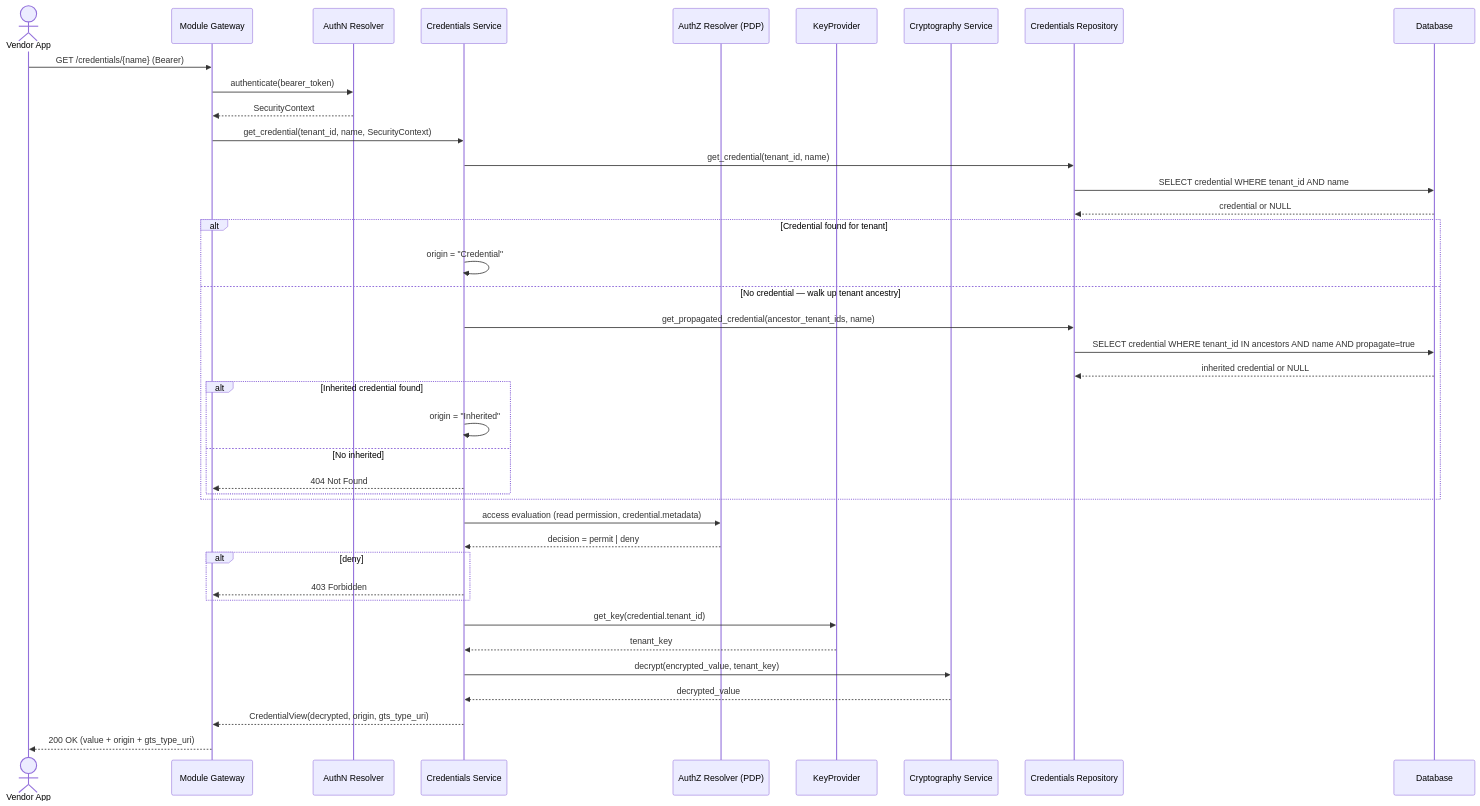
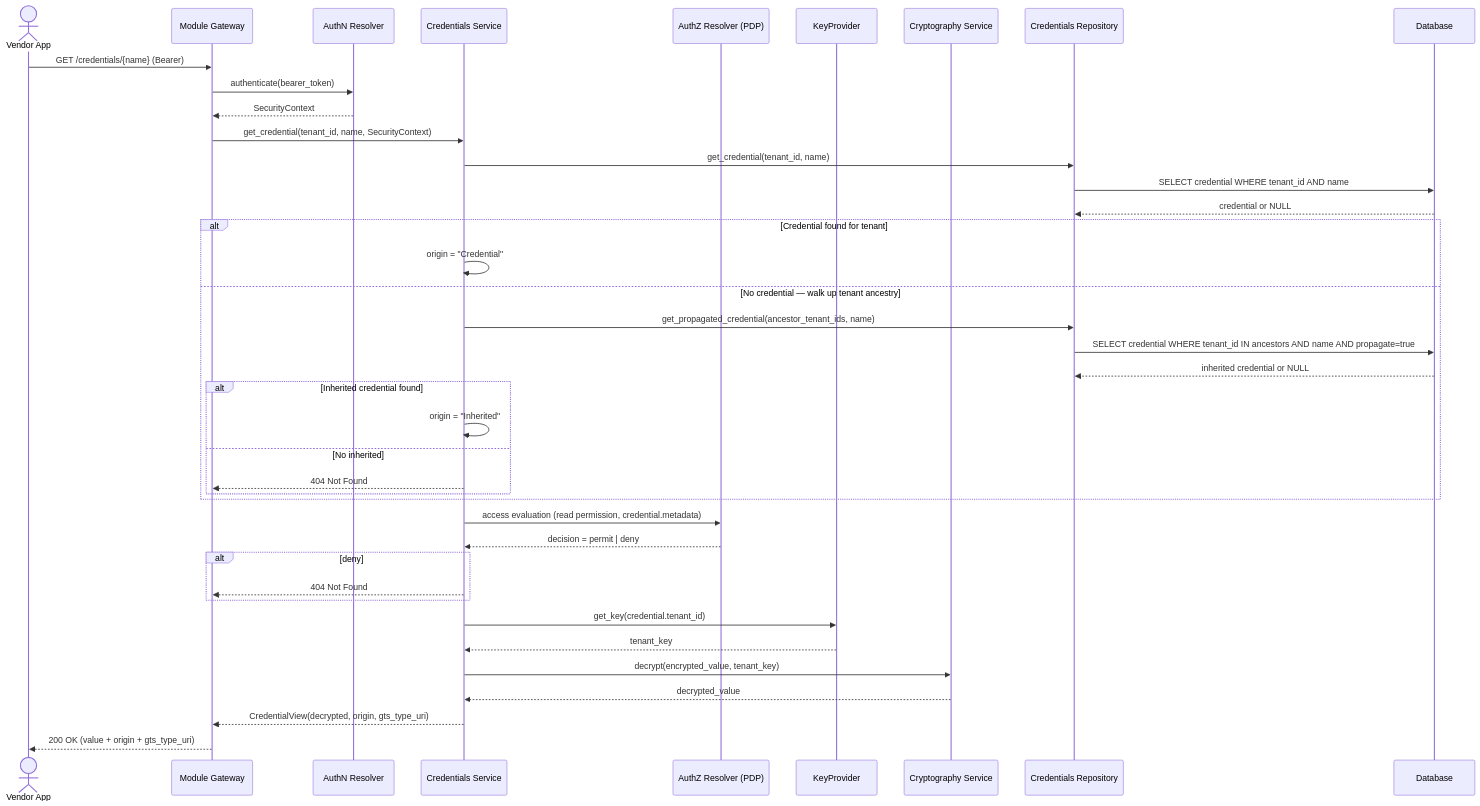
The third of 3 diagrams in modules/credstore/plugins/credentials-storage/DESIGN.md (nullhypothesic/cyberfabric-core), drawn with Mermaid before and after one commit. The commit also changed other lines of this file, not shown here.

````diff
--- a/modules/credstore/plugins/credentials-storage/DESIGN.md
+++ b/modules/credstore/plugins/credentials-storage/DESIGN.md
@@ -543,46 +543,46 @@
 ```mermaid
 sequenceDiagram
     actor App as Vendor App
     participant GW as Module Gateway
     participant AuthN as AuthN Resolver
     participant Svc as Credentials Service
     participant AuthZ as AuthZ Resolver (PDP)
     participant KP as KeyProvider
     participant Crypto as Cryptography Service
     participant Repo as Credentials Repository
     participant DB as Database
 
     App->>GW: GET /credentials/{name} (Bearer)
     GW->>AuthN: authenticate(bearer_token)
     AuthN-->>GW: SecurityContext
     GW->>Svc: get_credential(tenant_id, name, SecurityContext)
     Svc->>Repo: get_credential(tenant_id, name)
     Repo->>DB: SELECT credential WHERE tenant_id AND name
     DB-->>Repo: credential or NULL
 
     alt Credential found for tenant
         Svc->>Svc: origin = "Credential"
     else No credential — walk up tenant ancestry
         Svc->>Repo: get_propagated_credential(ancestor_tenant_ids, name)
         Repo->>DB: SELECT credential WHERE tenant_id IN ancestors AND name AND propagate=true
         DB-->>Repo: inherited credential or NULL
         alt Inherited credential found
             Svc->>Svc: origin = "Inherited"
         else No inherited
             Svc-->>GW: 404 Not Found
         end
     end
 
     Svc->>AuthZ: access evaluation (read permission, credential.metadata)
     AuthZ-->>Svc: decision = permit | deny
     alt deny
-        Svc-->>GW: 403 Forbidden
+        Svc-->>GW: 404 Not Found
     end
 
     Svc->>KP: get_key(credential.tenant_id)
     KP-->>Svc: tenant_key
     Svc->>Crypto: decrypt(encrypted_value, tenant_key)
     Crypto-->>Svc: decrypted_value
     Svc-->>GW: CredentialView(decrypted, origin, gts_type_uri)
     GW-->>App: 200 OK (value + origin + gts_type_uri)
 ```
````
